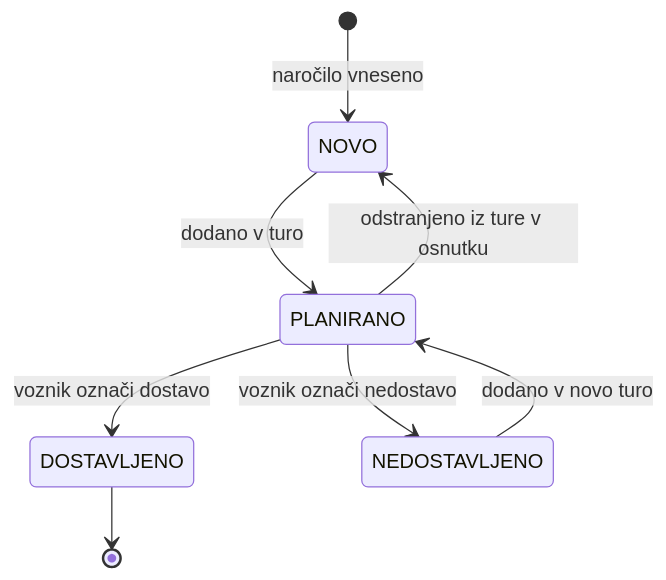
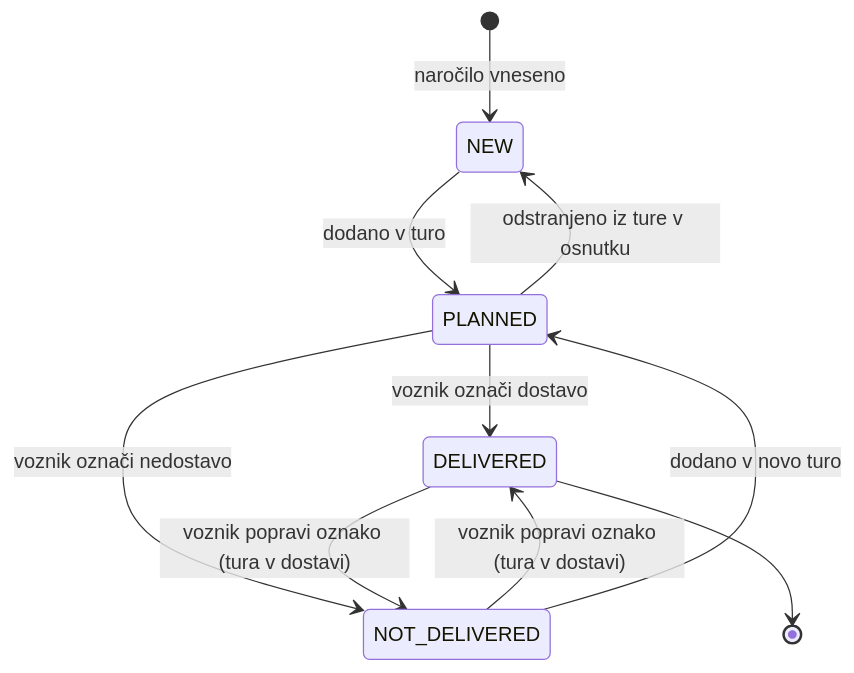
Before and after one commit to n-varoscic/TuraPlan: the third of 3 diagrams in docs/03-podatkovni-model.md, drawn with Mermaid. The commit also changed other lines of this file and 9 other files, not shown here.

````diff
--- a/docs/03-podatkovni-model.md
+++ b/docs/03-podatkovni-model.md
@@ -204,10 +206,12 @@
 ```mermaid
 stateDiagram-v2
-    [*] --> NOVO : naročilo vneseno
-    NOVO --> PLANIRANO : dodano v turo
-    PLANIRANO --> NOVO : odstranjeno iz ture v osnutku
-    PLANIRANO --> DOSTAVLJENO : voznik označi dostavo
-    PLANIRANO --> NEDOSTAVLJENO : voznik označi nedostavo
-    NEDOSTAVLJENO --> PLANIRANO : dodano v novo turo
-    DOSTAVLJENO --> [*]
+    [*] --> NEW : naročilo vneseno
+    NEW --> PLANNED : dodano v turo
+    PLANNED --> NEW : odstranjeno iz ture v osnutku
+    PLANNED --> DELIVERED : voznik označi dostavo
+    PLANNED --> NOT_DELIVERED : voznik označi nedostavo
+    DELIVERED --> NOT_DELIVERED : voznik popravi oznako (tura v dostavi)
+    NOT_DELIVERED --> DELIVERED : voznik popravi oznako (tura v dostavi)
+    NOT_DELIVERED --> PLANNED : dodano v novo turo
+    DELIVERED --> [*]
 ```
````
